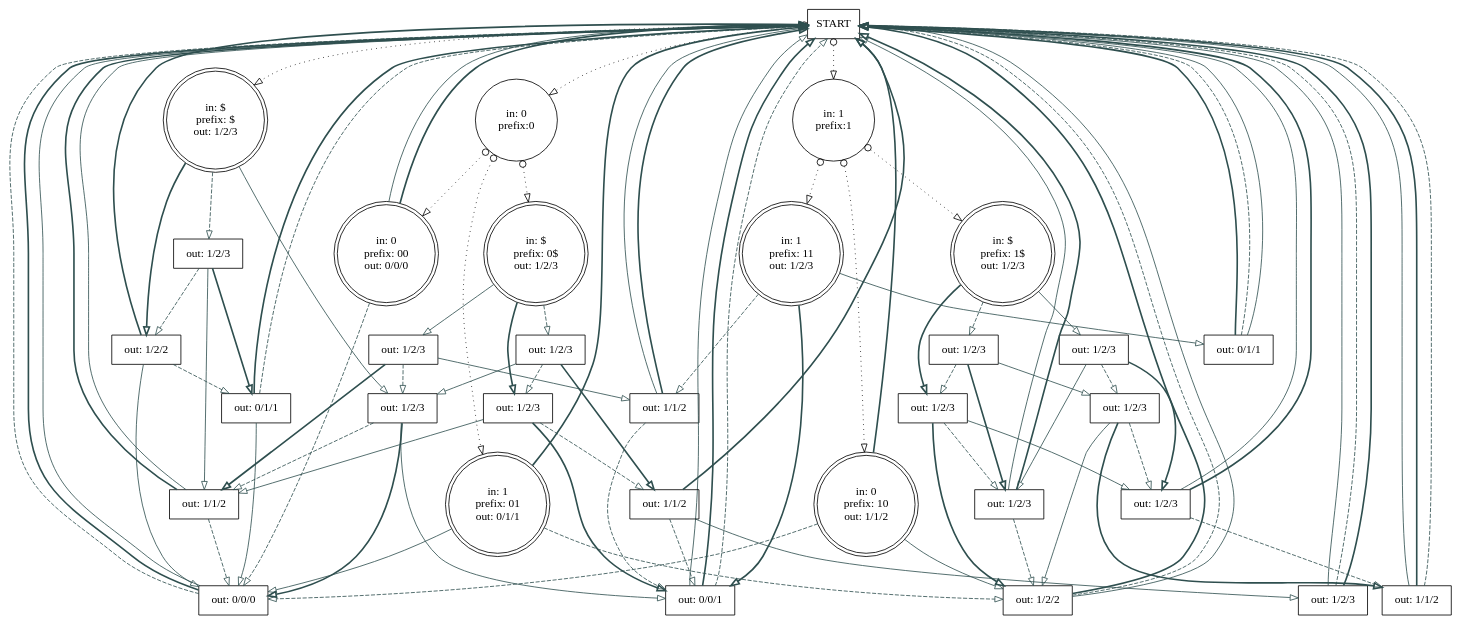
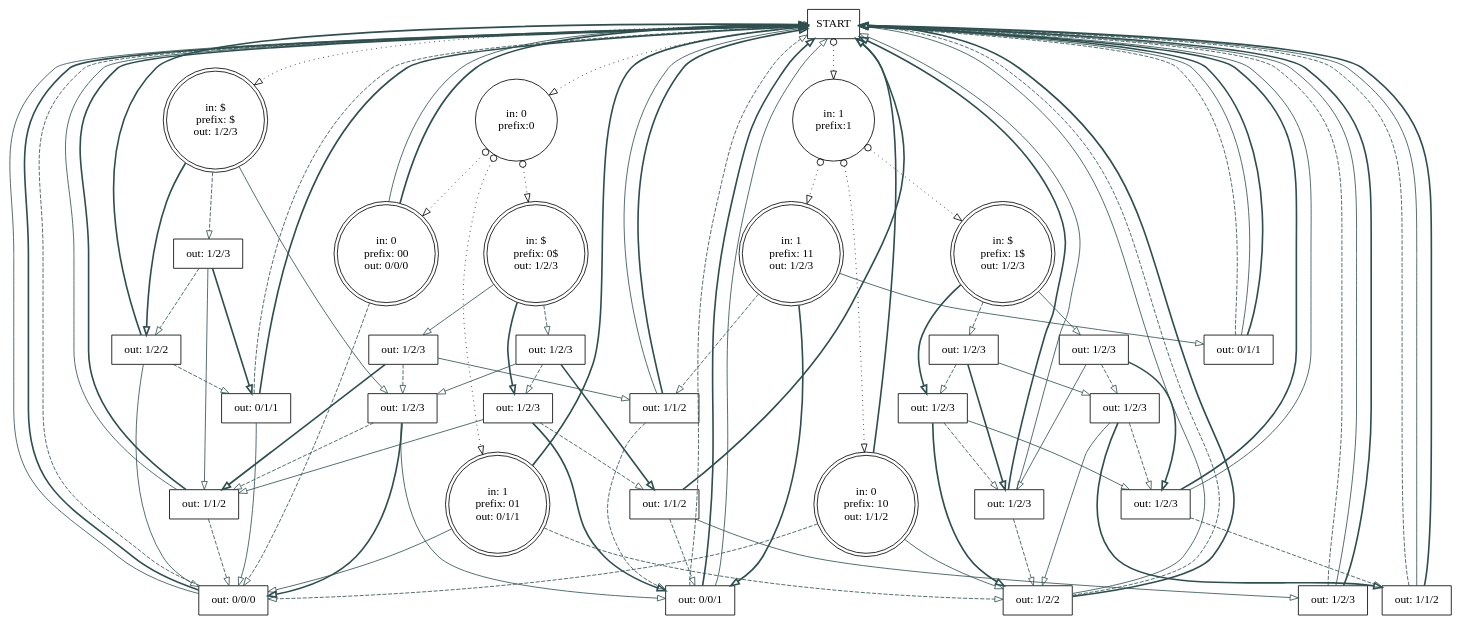
One commit to ihh/dnastore changed the diagram in doc/eof2.dot. Above: the diagram before and after it, drawn with Graphviz. The commit also changed other lines of this file and 7 other files, not shown here.

```diff
--- a/doc/eof2.dot
+++ b/doc/eof2.dot
@@ -1,130 +1,130 @@
 digraph G {
  S [style=solid;shape=box;label="START"];
  P0 [style=solid;shape=circle;label="in: 0\nprefix:0"];
  P1 [style=solid;shape=circle;label="in: 1\nprefix:1"];
  Wx [style=solid;shape=doublecircle;label="in: $\nprefix: $\nout: 1/2/3"];
  W00 [style=solid;shape=doublecircle;label="in: 0\nprefix: 00\nout: 0/0/0"];
  W01 [style=solid;shape=doublecircle;label="in: 1\nprefix: 01\nout: 0/1/1"];
  W0x [style=solid;shape=doublecircle;label="in: $\nprefix: 0$\nout: 1/2/3"];
  W10 [style=solid;shape=doublecircle;label="in: 0\nprefix: 10\nout: 1/1/2"];
  W11 [style=solid;shape=doublecircle;label="in: 1\nprefix: 11\nout: 1/2/3"];
  W1x [style=solid;shape=doublecircle;label="in: $\nprefix: 1$\nout: 1/2/3"];
  C1 [style=solid;shape=box;label="out: 0/0/0"];
  C2 [style=solid;shape=box;label="out: 1/2/2"];
  C3 [style=solid;shape=box;label="out: 1/1/2"];
  C4 [style=solid;shape=box;label="out: 0/1/1"];
  C5 [style=solid;shape=box;label="out: 0/0/1"];
  C6 [style=solid;shape=box;label="out: 1/2/3"];
  C7 [style=solid;shape=box;label="out: 1/2/3"];
  C8 [style=solid;shape=box;label="out: 1/2/2"];
  C9 [style=solid;shape=box;label="out: 1/1/2"];
  C10 [style=solid;shape=box;label="out: 0/1/1"];
  C11 [style=solid;shape=box;label="out: 1/2/3"];
  C12 [style=solid;shape=box;label="out: 1/2/3"];
  C13 [style=solid;shape=box;label="out: 1/2/3"];
  C14 [style=solid;shape=box;label="out: 1/1/2"];
  C15 [style=solid;shape=box;label="out: 1/2/3"];
  C16 [style=solid;shape=box;label="out: 1/2/3"];
  C17 [style=solid;shape=box;label="out: 1/2/3"];
  C18 [style=solid;shape=box;label="out: 1/2/3"];
  C19 [style=solid;shape=box;label="out: 1/2/3"];
  C20 [style=solid;shape=box;label="out: 1/2/3"];
  C21 [style=solid;shape=box;label="out: 1/2/3"];
  C22 [style=solid;shape=box;label="out: 1/1/2"];
+ S -> Wx [style=dotted;color=black;dir=both;arrowtail=odot;arrowhead=empty;];
+ S -> P1 [style=dotted;color=black;dir=both;arrowtail=odot;arrowhead=empty;];
  S -> P0 [style=dotted;color=black;dir=both;arrowtail=odot;arrowhead=empty;];
- S -> P1 [style=dotted;color=black;dir=both;arrowtail=odot;arrowhead=empty;];
- S -> Wx [style=dotted;color=black;dir=both;arrowtail=odot;arrowhead=empty;];
  P0 -> W0x [style=dotted;color=black;dir=both;arrowtail=odot;arrowhead=empty;];
+ P0 -> W00 [style=dotted;color=black;dir=both;arrowtail=odot;arrowhead=empty;];
  P0 -> W01 [style=dotted;color=black;dir=both;arrowtail=odot;arrowhead=empty;];
- P0 -> W00 [style=dotted;color=black;dir=both;arrowtail=odot;arrowhead=empty;];
+ P1 -> W1x [style=dotted;color=black;dir=both;arrowtail=odot;arrowhead=empty;];
  P1 -> W10 [style=dotted;color=black;dir=both;arrowtail=odot;arrowhead=empty;];
  P1 -> W11 [style=dotted;color=black;dir=both;arrowtail=odot;arrowhead=empty;];
- P1 -> W1x [style=dotted;color=black;dir=both;arrowtail=odot;arrowhead=empty;];
- Wx -> C8 [style=bold;color=darkslategray;arrowhead=empty;];
  Wx -> C6 [style=dashed;color=darkslategray;arrowhead=empty;];
  Wx -> C7 [style=solid;color=darkslategray;arrowhead=empty;];
+ Wx -> C8 [style=bold;color=darkslategray;arrowhead=empty;];
  W00 -> S [style=solid;color=darkslategray;arrowhead=empty;];
+ W00 -> S [style=bold;color=darkslategray;arrowhead=empty;];
  W00 -> C1 [style=dashed;color=darkslategray;arrowhead=empty;];
- W00 -> S [style=bold;color=darkslategray;arrowhead=empty;];
+ W01 -> C2 [style=dashed;color=darkslategray;arrowhead=empty;];
  W01 -> C1 [style=solid;color=darkslategray;arrowhead=empty;];
- W01 -> C2 [style=dashed;color=darkslategray;arrowhead=empty;];
  W01 -> S [style=bold;color=darkslategray;arrowhead=empty;];
+ W0x -> C11 [style=dashed;color=darkslategray;arrowhead=empty;];
+ W0x -> C12 [style=solid;color=darkslategray;arrowhead=empty;];
  W0x -> C13 [style=bold;color=darkslategray;arrowhead=empty;];
- W0x -> C12 [style=solid;color=darkslategray;arrowhead=empty;];
- W0x -> C11 [style=dashed;color=darkslategray;arrowhead=empty;];
- W10 -> C1 [style=dashed;color=darkslategray;arrowhead=empty;];
  W10 -> S [style=bold;color=darkslategray;arrowhead=empty;];
  W10 -> C2 [style=solid;color=darkslategray;arrowhead=empty;];
+ W10 -> C1 [style=dashed;color=darkslategray;arrowhead=empty;];
  W11 -> C5 [style=bold;color=darkslategray;arrowhead=empty;];
  W11 -> C3 [style=dashed;color=darkslategray;arrowhead=empty;];
  W11 -> C4 [style=solid;color=darkslategray;arrowhead=empty;];
+ W1x -> C16 [style=dashed;color=darkslategray;arrowhead=empty;];
+ W1x -> C17 [style=solid;color=darkslategray;arrowhead=empty;];
  W1x -> C18 [style=bold;color=darkslategray;arrowhead=empty;];
- W1x -> C17 [style=solid;color=darkslategray;arrowhead=empty;];
- W1x -> C16 [style=dashed;color=darkslategray;arrowhead=empty;];
+ C1 -> S [style=solid;color=darkslategray;arrowhead=empty;];
+ C1 -> S [style=bold;color=darkslategray;arrowhead=empty;];
  C1 -> S [style=dashed;color=darkslategray;arrowhead=empty;];
- C1 -> S [style=bold;color=darkslategray;arrowhead=empty;];
- C1 -> S [style=solid;color=darkslategray;arrowhead=empty;];
+ C2 -> S [style=solid;color=darkslategray;arrowhead=empty;];
+ C2 -> S [style=dashed;color=darkslategray;arrowhead=empty;];
  C2 -> S [style=bold;color=darkslategray;arrowhead=empty;];
- C2 -> S [style=dashed;color=darkslategray;arrowhead=empty;];
- C2 -> S [style=solid;color=darkslategray;arrowhead=empty;];
  C3 -> S [style=solid;color=darkslategray;arrowhead=empty;];
  C3 -> S [style=bold;color=darkslategray;arrowhead=empty;];
  C3 -> C5 [style=dashed;color=darkslategray;arrowhead=empty;];
- C4 -> S [style=bold;color=darkslategray;arrowhead=empty;];
  C4 -> S [style=dashed;color=darkslategray;arrowhead=empty;];
  C4 -> S [style=solid;color=darkslategray;arrowhead=empty;];
+ C4 -> S [style=bold;color=darkslategray;arrowhead=empty;];
+ C5 -> S [style=dashed;color=darkslategray;arrowhead=empty;];
+ C5 -> S [style=bold;color=darkslategray;arrowhead=empty;];
  C5 -> S [style=solid;color=darkslategray;arrowhead=empty;];
- C5 -> S [style=bold;color=darkslategray;arrowhead=empty;];
- C5 -> S [style=dashed;color=darkslategray;arrowhead=empty;];
  C6 -> C10 [style=bold;color=darkslategray;arrowhead=empty;];
  C6 -> C9 [style=solid;color=darkslategray;arrowhead=empty;];
  C6 -> C8 [style=dashed;color=darkslategray;arrowhead=empty;];
+ C7 -> C1 [style=bold;color=darkslategray;arrowhead=empty;];
  C7 -> C5 [style=solid;color=darkslategray;arrowhead=empty;];
  C7 -> C9 [style=dashed;color=darkslategray;arrowhead=empty;];
- C7 -> C1 [style=bold;color=darkslategray;arrowhead=empty;];
- C8 -> C10 [style=dashed;color=darkslategray;arrowhead=empty;];
  C8 -> S [style=bold;color=darkslategray;arrowhead=empty;];
  C8 -> C1 [style=solid;color=darkslategray;arrowhead=empty;];
+ C8 -> C10 [style=dashed;color=darkslategray;arrowhead=empty;];
+ C9 -> S [style=solid;color=darkslategray;arrowhead=empty;];
  C9 -> S [style=bold;color=darkslategray;arrowhead=empty;];
  C9 -> C1 [style=dashed;color=darkslategray;arrowhead=empty;];
- C9 -> S [style=solid;color=darkslategray;arrowhead=empty;];
  C10 -> C1 [style=solid;color=darkslategray;arrowhead=empty;];
+ C10 -> S [style=dashed;color=darkslategray;arrowhead=empty;];
  C10 -> S [style=bold;color=darkslategray;arrowhead=empty;];
- C10 -> S [style=dashed;color=darkslategray;arrowhead=empty;];
+ C11 -> C7 [style=solid;color=darkslategray;arrowhead=empty;];
  C11 -> C13 [style=dashed;color=darkslategray;arrowhead=empty;];
- C11 -> C7 [style=solid;color=darkslategray;arrowhead=empty;];
  C11 -> C14 [style=bold;color=darkslategray;arrowhead=empty;];
  C12 -> C9 [style=bold;color=darkslategray;arrowhead=empty;];
  C12 -> C3 [style=solid;color=darkslategray;arrowhead=empty;];
  C12 -> C7 [style=dashed;color=darkslategray;arrowhead=empty;];
- C13 -> C5 [style=bold;color=darkslategray;arrowhead=empty;];
  C13 -> C14 [style=dashed;color=darkslategray;arrowhead=empty;];
  C13 -> C9 [style=solid;color=darkslategray;arrowhead=empty;];
+ C13 -> C5 [style=bold;color=darkslategray;arrowhead=empty;];
  C14 -> C5 [style=dashed;color=darkslategray;arrowhead=empty;];
+ C14 -> C15 [style=solid;color=darkslategray;arrowhead=empty;];
  C14 -> S [style=bold;color=darkslategray;arrowhead=empty;];
- C14 -> C15 [style=solid;color=darkslategray;arrowhead=empty;];
+ C15 -> S [style=dashed;color=darkslategray;arrowhead=empty;];
  C15 -> S [style=solid;color=darkslategray;arrowhead=empty;];
- C15 -> S [style=dashed;color=darkslategray;arrowhead=empty;];
  C15 -> S [style=bold;color=darkslategray;arrowhead=empty;];
+ C16 -> C20 [style=bold;color=darkslategray;arrowhead=empty;];
  C16 -> C19 [style=solid;color=darkslategray;arrowhead=empty;];
  C16 -> C18 [style=dashed;color=darkslategray;arrowhead=empty;];
- C16 -> C20 [style=bold;color=darkslategray;arrowhead=empty;];
+ C17 -> C19 [style=dashed;color=darkslategray;arrowhead=empty;];
  C17 -> C20 [style=solid;color=darkslategray;arrowhead=empty;];
- C17 -> C19 [style=dashed;color=darkslategray;arrowhead=empty;];
  C17 -> C21 [style=bold;color=darkslategray;arrowhead=empty;];
  C18 -> C20 [style=dashed;color=darkslategray;arrowhead=empty;];
  C18 -> C21 [style=solid;color=darkslategray;arrowhead=empty;];
  C18 -> C2 [style=bold;color=darkslategray;arrowhead=empty;];
  C19 -> C22 [style=bold;color=darkslategray;arrowhead=empty;];
+ C19 -> C21 [style=dashed;color=darkslategray;arrowhead=empty;];
  C19 -> C2 [style=solid;color=darkslategray;arrowhead=empty;];
- C19 -> C21 [style=dashed;color=darkslategray;arrowhead=empty;];
+ C20 -> S [style=bold;color=darkslategray;arrowhead=empty;];
  C20 -> C2 [style=dashed;color=darkslategray;arrowhead=empty;];
  C20 -> S [style=solid;color=darkslategray;arrowhead=empty;];
- C20 -> S [style=bold;color=darkslategray;arrowhead=empty;];
+ C21 -> S [style=bold;color=darkslategray;arrowhead=empty;];
+ C21 -> C22 [style=dashed;color=darkslategray;arrowhead=empty;];
  C21 -> S [style=solid;color=darkslategray;arrowhead=empty;];
- C21 -> C22 [style=dashed;color=darkslategray;arrowhead=empty;];
- C21 -> S [style=bold;color=darkslategray;arrowhead=empty;];
+ C22 -> S [style=dashed;color=darkslategray;arrowhead=empty;];
  C22 -> S [style=solid;color=darkslategray;arrowhead=empty;];
  C22 -> S [style=bold;color=darkslategray;arrowhead=empty;];
- C22 -> S [style=dashed;color=darkslategray;arrowhead=empty;];
 }
```
